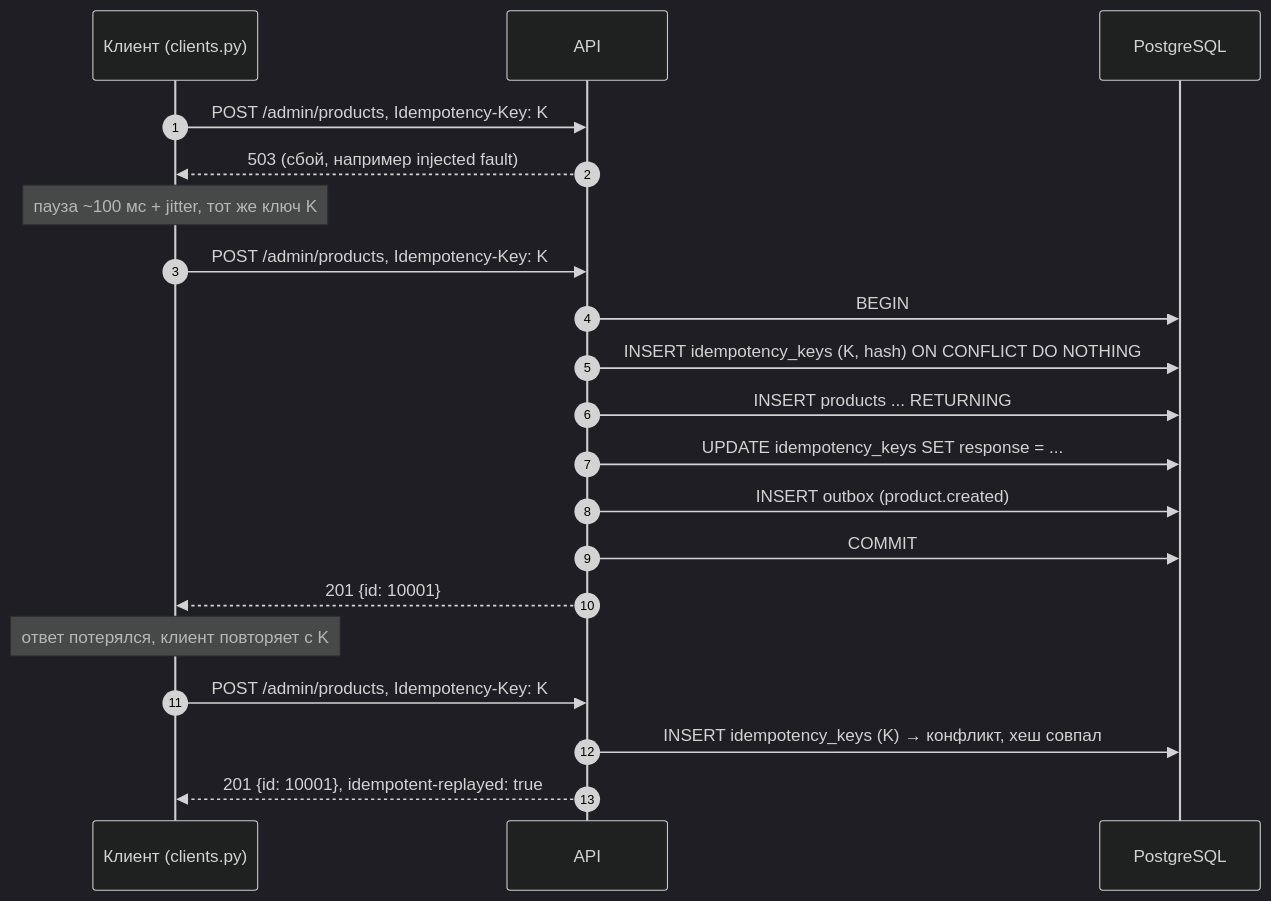
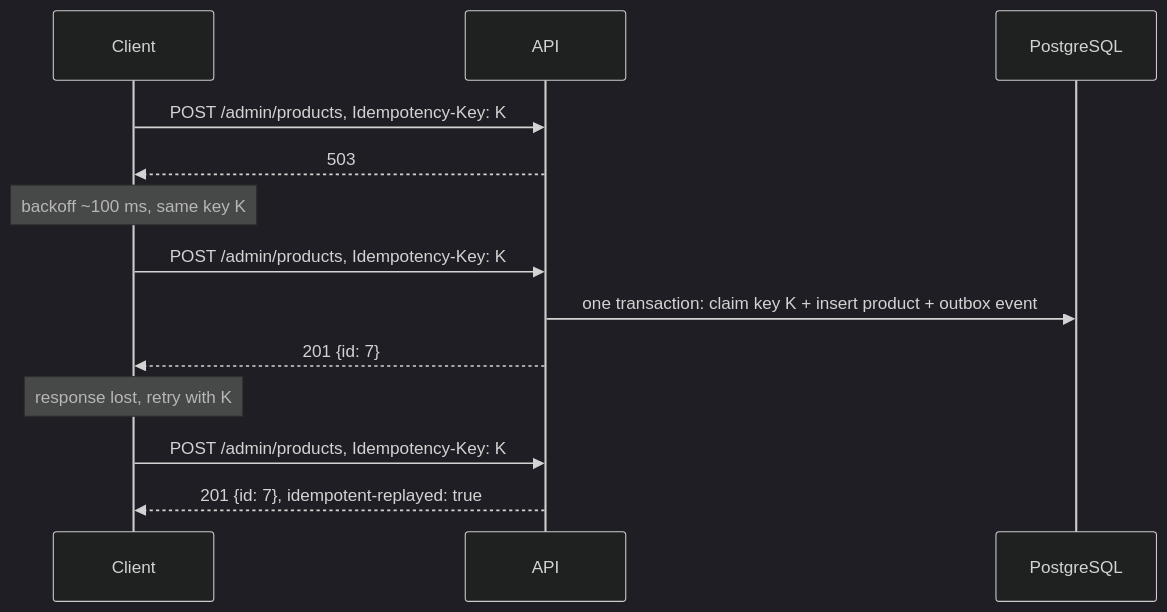
Before and after one commit to BEknUur/kbtu-higload-backend: the third of 3 diagrams in sis-2/README.md, drawn with Mermaid (dark theme). The commit also changed other lines of this file and 1 other file, not shown here.

````diff
--- a/sis-2/README.md
+++ b/sis-2/README.md
@@ -152,23 +97,15 @@
 ```mermaid
 sequenceDiagram
-    autonumber
-    participant C as Клиент (clients.py)
+    participant C as Client
     participant A as API
     participant DB as PostgreSQL
-
     C->>A: POST /admin/products, Idempotency-Key: K
-    A-->>C: 503 (сбой, например injected fault)
-    Note over C: пауза ~100 мс + jitter, тот же ключ K
+    A-->>C: 503
+    Note over C: backoff ~100 ms, same key K
     C->>A: POST /admin/products, Idempotency-Key: K
-    A->>DB: BEGIN
-    A->>DB: INSERT idempotency_keys (K, hash) ON CONFLICT DO NOTHING
-    A->>DB: INSERT products ... RETURNING
-    A->>DB: UPDATE idempotency_keys SET response = ...
-    A->>DB: INSERT outbox (product.created)
-    A->>DB: COMMIT
-    A-->>C: 201 {id: 10001}
-    Note over C: ответ потерялся, клиент повторяет с K
+    A->>DB: one transaction: claim key K + insert product + outbox event
+    A-->>C: 201 {id: 7}
+    Note over C: response lost, retry with K
     C->>A: POST /admin/products, Idempotency-Key: K
-    A->>DB: INSERT idempotency_keys (K) → конфликт, хеш совпал
-    A-->>C: 201 {id: 10001}, idempotent-replayed: true
+    A-->>C: 201 {id: 7}, idempotent-replayed: true
 ```
````
